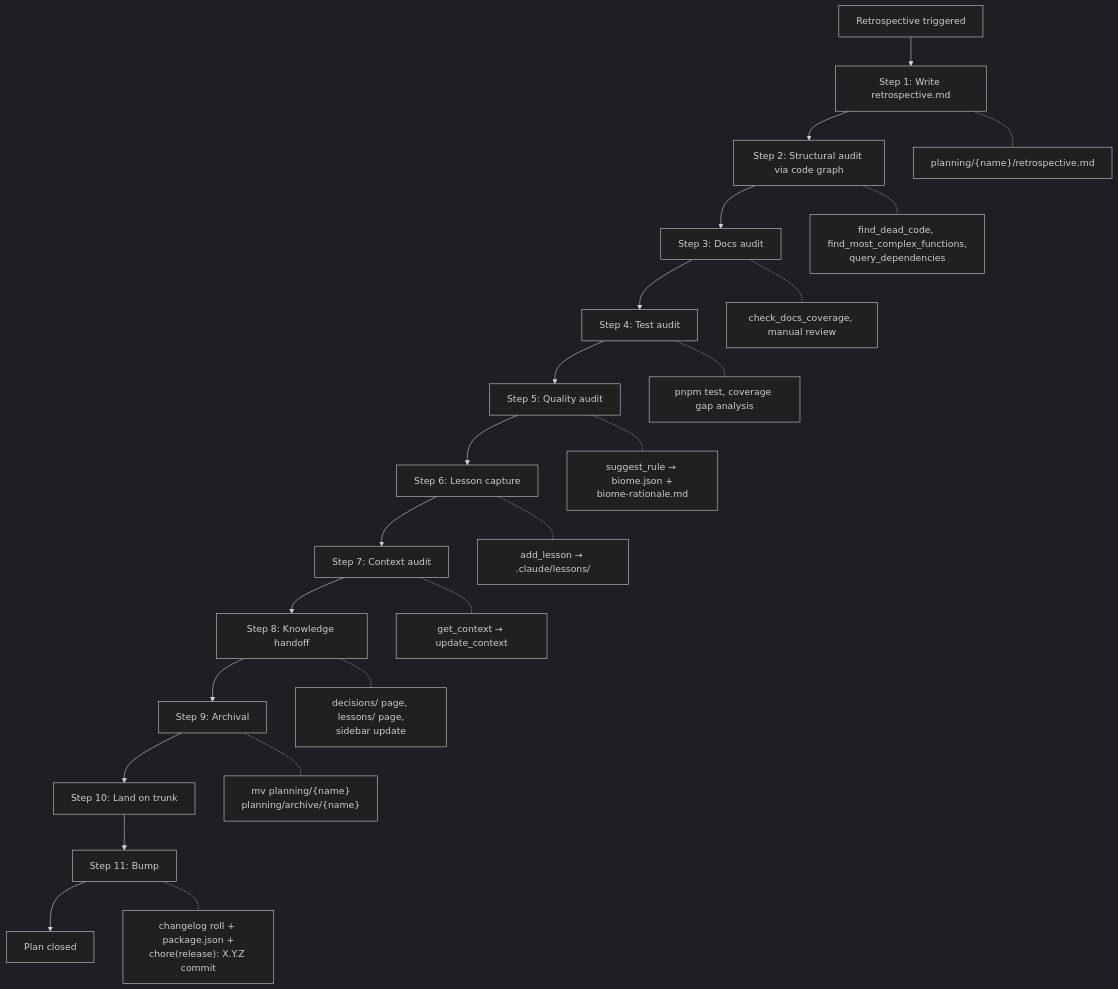
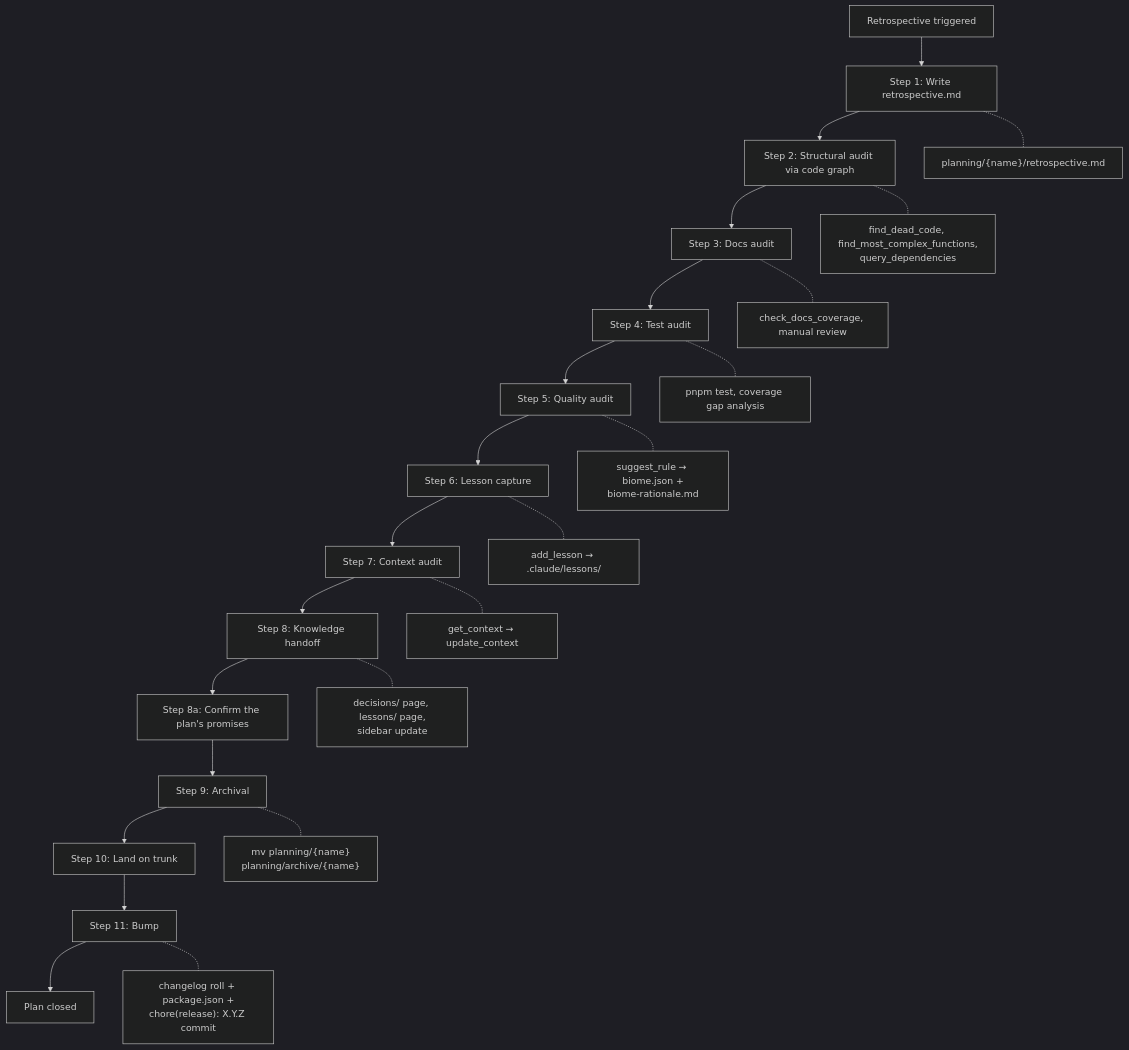
One commit to infinitedusky/indusk changed the diagram in apps/docs/src/reference/skills/retrospective.md. Above: the diagram before and after it, drawn with Mermaid (dark theme). The commit also changed other lines of this file and 2 other files, not shown here.

Commit message:
docs: a promise's life in plans — declared, confirmed, changed, replaced; promises confirm

````diff
--- a/apps/docs/src/reference/skills/retrospective.md
+++ b/apps/docs/src/reference/skills/retrospective.md
@@ -35,27 +35,28 @@
 ```mermaid
 flowchart TD
     Start["Retrospective triggered"] --> S1["Step 1: Write retrospective.md"]
     S1 --> S2["Step 2: Structural audit via code graph"]
     S2 --> S3["Step 3: Docs audit"]
     S3 --> S4["Step 4: Test audit"]
     S4 --> S5["Step 5: Quality audit"]
     S5 --> S6["Step 6: Lesson capture"]
     S6 --> S7["Step 7: Context audit"]
     S7 --> S8["Step 8: Knowledge handoff"]
-    S8 --> S9["Step 9: Archival"]
+    S8 --> S8a["Step 8a: Confirm the plan's promises"]
+    S8a --> S9["Step 9: Archival"]
     S9 --> S10["Step 10: Land on trunk"]
     S10 --> S11["Step 11: Bump"]
     S11 --> Done["Plan closed"]
 
     S1 -.- D1["planning/{name}/retrospective.md"]
     S2 -.- D2["find_dead_code, find_most_complex_functions,\nquery_dependencies"]
     S3 -.- D3["check_docs_coverage, manual review"]
     S4 -.- D4["pnpm test, coverage gap analysis"]
     S5 -.- D5["suggest_rule → biome.json +\nbiome-rationale.md"]
     S6 -.- D6["add_lesson → .claude/lessons/"]
     S7 -.- D7["get_context → update_context"]
     S8 -.- D8["decisions/ page, lessons/ page,\nsidebar update"]
     S9 -.- D9["mv planning/{name}\nplanning/archive/{name}"]
     S11 -.- D11["changelog roll + package.json +\nchore(release): X.Y.Z commit"]
 
 ```
````
